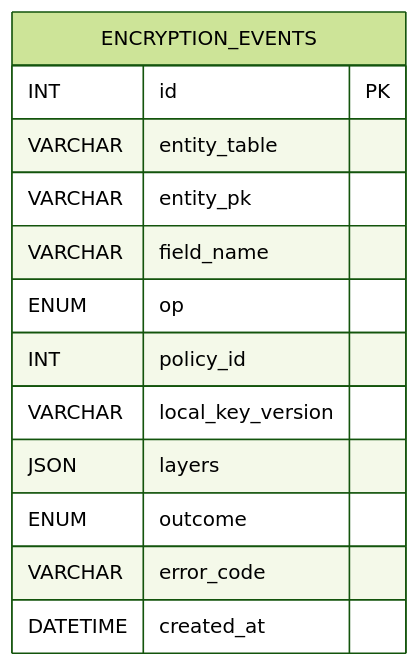
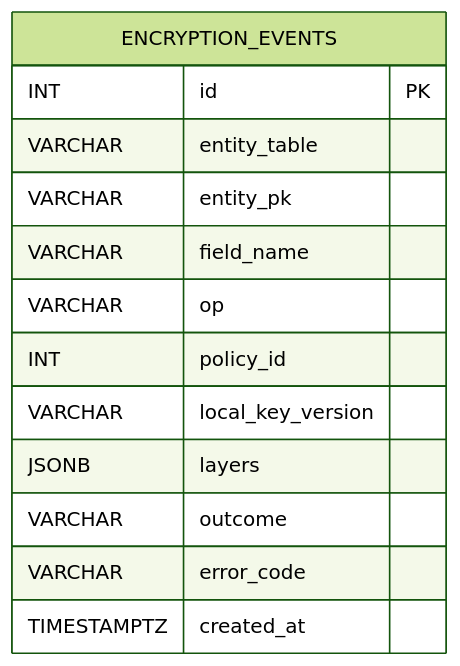
The diagram in README.md (blackcatdatabase/table-encryption-events), drawn with Mermaid (forest theme) before and after one commit. The commit also changed other lines of this file and 25 other files, not shown here.

First line of the commit message:
Regen schema (#1)

````diff
--- a/README.md
+++ b/README.md
@@ -54,16 +57,16 @@
 ```mermaid
 erDiagram
   ENCRYPTION_EVENTS {
     INT id PK
     VARCHAR entity_table
     VARCHAR entity_pk
     VARCHAR field_name
-    ENUM op
+    VARCHAR op
     INT policy_id
     VARCHAR local_key_version
-    JSON layers
-    ENUM outcome
+    JSONB layers
+    VARCHAR outcome
     VARCHAR error_code
-    DATETIME created_at
+    TIMESTAMPTZ created_at
   }
 ```
````
